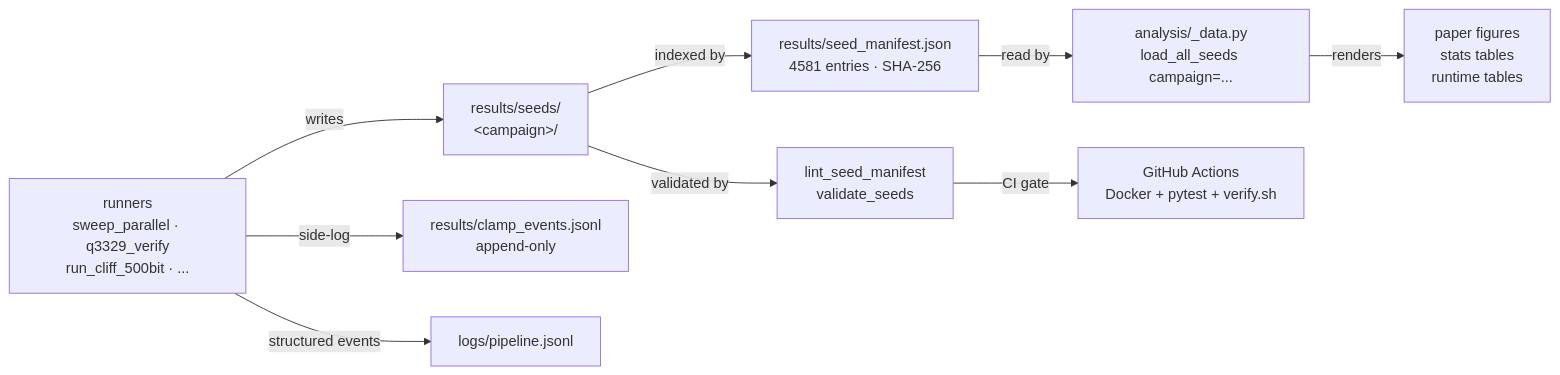
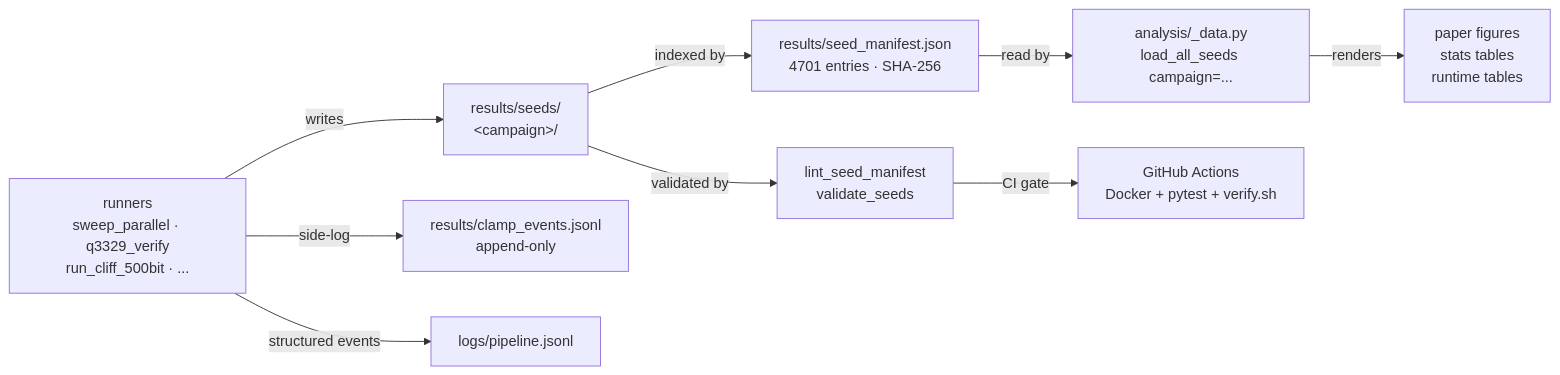
Before and after one commit to BrendanChambersBourgeois/sdbkz-benchmark: the diagram in README.md, drawn with Mermaid. The commit also changed other lines of this file and 1 other file, not shown here.

First line of the commit message:
docs: refresh CHANGELOG Unreleased + README seed count + fplll refs

````diff
--- a/README.md
+++ b/README.md
@@ -68,11 +68,11 @@
 ```mermaid
 flowchart LR
   A[runners<br/>sweep_parallel · q3329_verify<br/>run_cliff_500bit · ...] -->|writes| B[results/seeds/<br/>&lt;campaign&gt;/]
-  B -->|indexed by| C[results/seed_manifest.json<br/>4581 entries · SHA-256]
+  B -->|indexed by| C[results/seed_manifest.json<br/>4701 entries · SHA-256]
   C -->|read by| D[analysis/_data.py<br/>load_all_seeds campaign=...]
   D -->|renders| E[paper figures<br/>stats tables<br/>runtime tables]
   B -->|validated by| F[lint_seed_manifest<br/>validate_seeds]
   F -->|CI gate| G[GitHub Actions<br/>Docker + pytest + verify.sh]
   A -->|side-log| H[results/clamp_events.jsonl<br/>append-only]
   A -->|structured events| I[logs/pipeline.jsonl]
 ```
````
